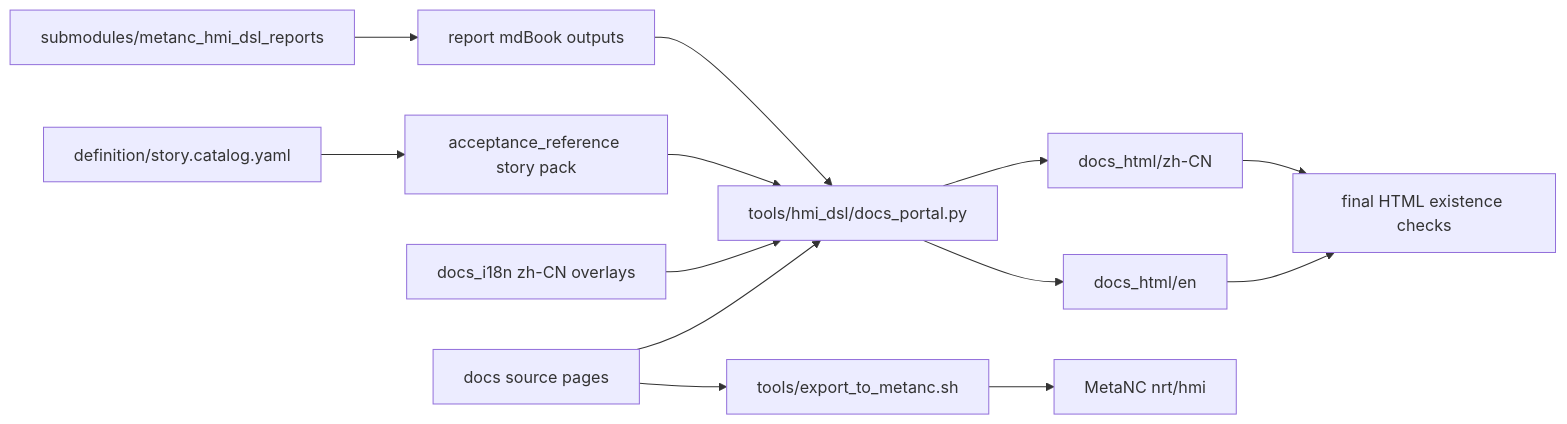
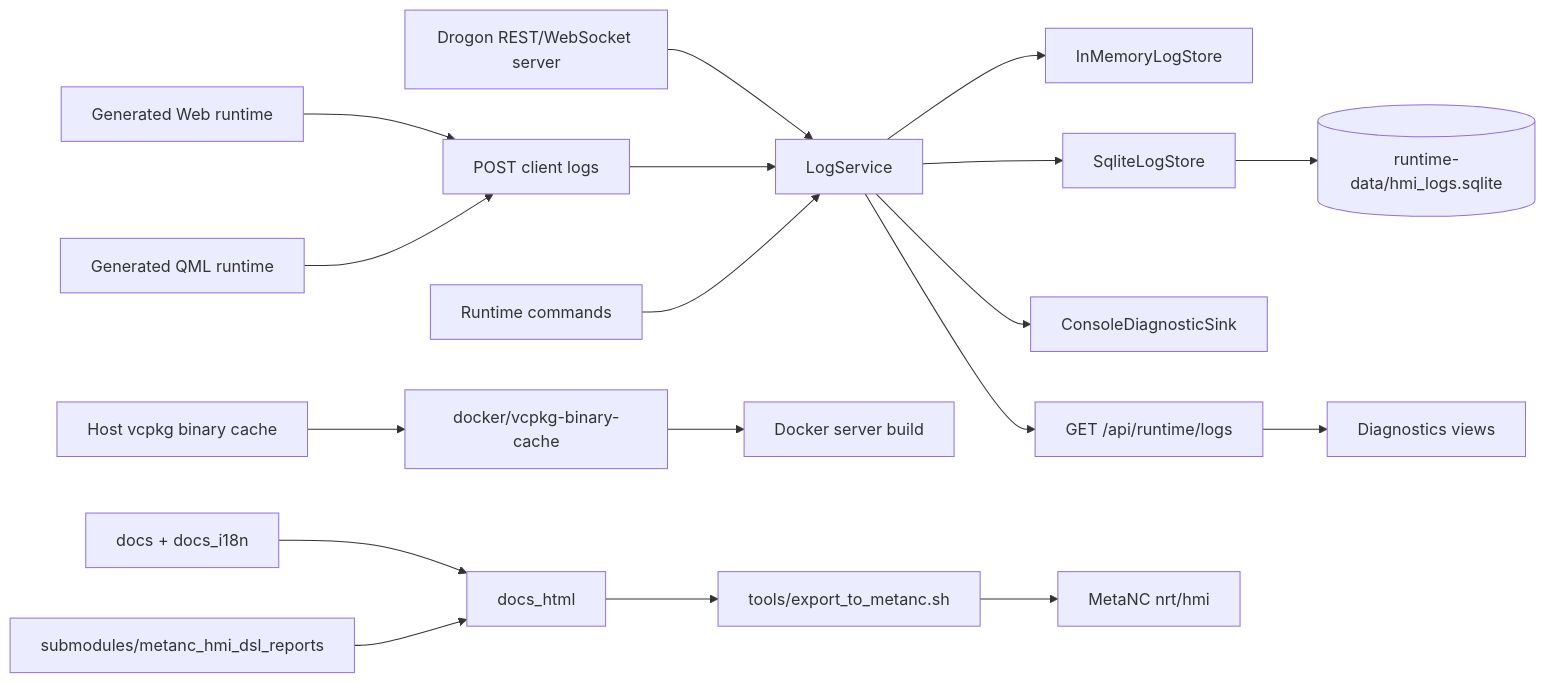
One commit to luppiterw/metanc_hmi_dsl_reports changed the diagram in 2026-04-30-codex-session/architecture-diagram.md. Above: the diagram before and after it, drawn with Mermaid. The commit also changed 12 other files, not shown here.

Commit message:
reports: refresh 2026-04-30 runtime logging report

````diff
--- a/2026-04-30-codex-session/architecture-diagram.md
+++ b/2026-04-30-codex-session/architecture-diagram.md
@@ -3,15 +3,20 @@
 ```mermaid
 flowchart LR
-    DOCS[docs source pages] --> PORTAL[tools/hmi_dsl/docs_portal.py]
-    I18N[docs_i18n zh-CN overlays] --> PORTAL
-    STORY[definition/story.catalog.yaml] --> PACK[acceptance_reference story pack]
-    PACK --> PORTAL
-    PORTAL --> EN[docs_html/en]
-    PORTAL --> ZH[docs_html/zh-CN]
-    EN --> CHECK[final HTML existence checks]
-    ZH --> CHECK
-    REPORTS[submodules/metanc_hmi_dsl_reports] --> REPORTBOOKS[report mdBook outputs]
-    REPORTBOOKS --> PORTAL
-    DOCS --> EXPORT[tools/export_to_metanc.sh]
+    WEB[Generated Web runtime] --> CLIENTLOG[POST client logs]
+    QML[Generated QML runtime] --> CLIENTLOG
+    HTTP[Drogon REST/WebSocket server] --> SERVICE[LogService]
+    CLIENTLOG --> SERVICE
+    COMMANDS[Runtime commands] --> SERVICE
+    SERVICE --> MEMORY[InMemoryLogStore]
+    SERVICE --> SQLITE[SqliteLogStore]
+    SQLITE --> DB[(runtime-data/hmi_logs.sqlite)]
+    SERVICE --> CONSOLE[ConsoleDiagnosticSink]
+    SERVICE --> QUERY[GET /api/runtime/logs]
+    QUERY --> DIAG[Diagnostics views]
+    HOSTCACHE[Host vcpkg binary cache] --> DOCKERCTX[docker/vcpkg-binary-cache]
+    DOCKERCTX --> DOCKER[Docker server build]
+    DOCS[docs + docs_i18n] --> PORTAL[docs_html]
+    REPORTS[submodules/metanc_hmi_dsl_reports] --> PORTAL
+    PORTAL --> EXPORT[tools/export_to_metanc.sh]
     EXPORT --> METANC[MetaNC nrt/hmi]
 ```
````
